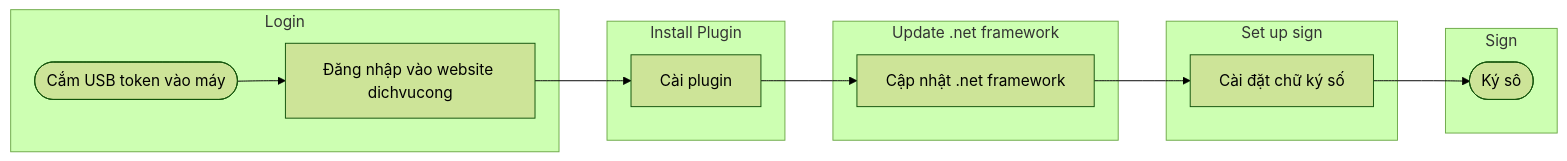
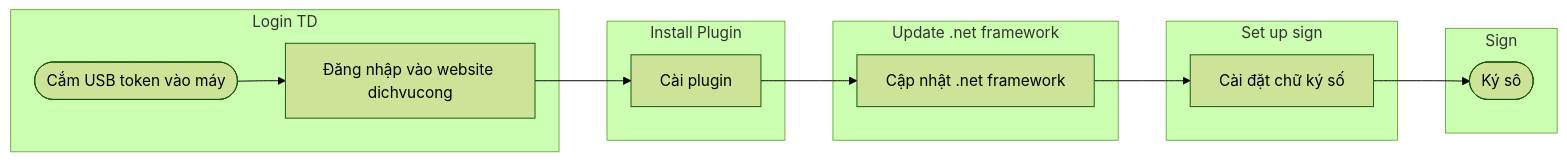
Before and after one commit to ramboviking/stat: the diagram in innovation/retrieve.md, drawn with Mermaid (forest theme).

````diff
--- a/innovation/retrieve.md
+++ b/innovation/retrieve.md
@@ -4,18 +4,18 @@
 ```mermaid
   graph LR
-    subgraph Login
+    subgraph Login TD
       A([Cắm USB token vào máy]) --> B[Đăng nhập vào website dichvucong];
     end
     subgraph Install Plugin
       B --> C[Cài plugin];
     end
     subgraph Update .net framework
       C --> D[Cập nhật .net framework];
     end
     subgraph Set up sign
       D --> E[Cài đặt chữ ký số];
     end
     subgraph Sign
       E --> F([Ký sô]);
     end
 ```
````
